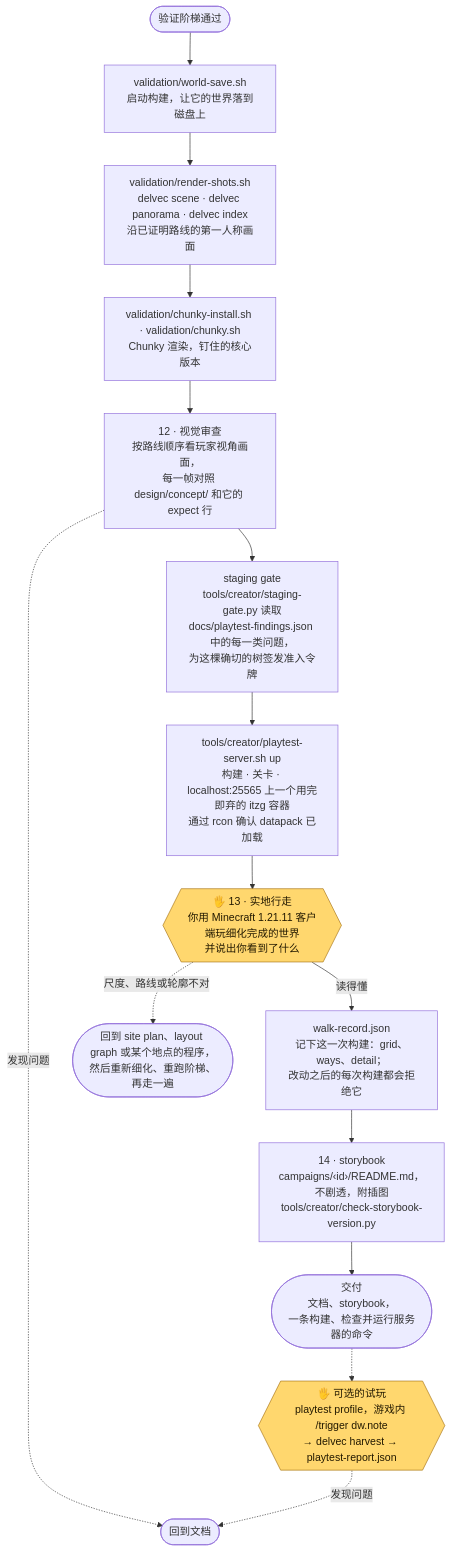
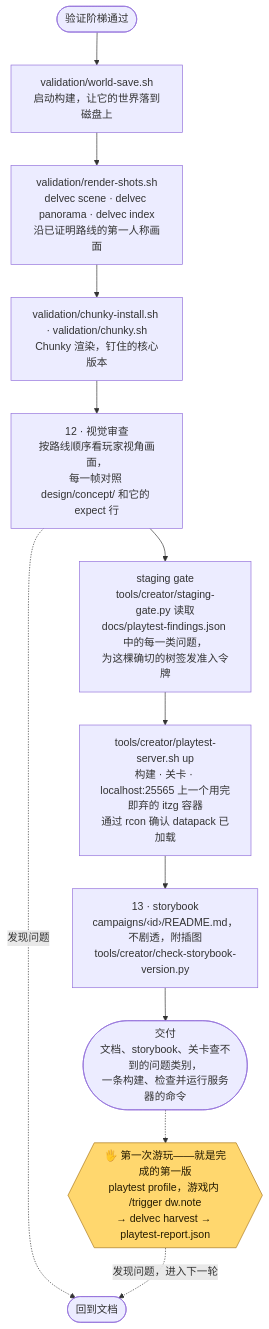
One commit to stellarfeline/delvewright changed the sixth of 9 diagrams in docs/how-it-works.zh-CN.md. Above: the diagram before and after it, drawn with Mermaid. The commit also changed other lines of this file and 27 other files, not shown here.

````diff
--- a/docs/how-it-works.zh-CN.md
+++ b/docs/how-it-works.zh-CN.md
@@ -145,19 +145,16 @@
 ```mermaid
 flowchart TD
     G(["验证阶梯通过"]) --> WS2["validation/world-save.sh<br/>启动构建，让它的世界落到磁盘上"]
     WS2 --> RS["validation/render-shots.sh<br/>delvec scene · delvec panorama · delvec index<br/>沿已证明路线的第一人称画面"]
     RS --> CK["validation/chunky-install.sh · validation/chunky.sh<br/>Chunky 渲染，钉住的核心版本"]
     CK --> VR["12 · 视觉审查<br/>按路线顺序看玩家视角画面，<br/>每一帧对照 design/concept/ 和它的 expect 行"]
     VR -.->|"发现问题"| BACK(["回到文档"])
     VR --> SG["staging gate<br/>tools/creator/staging-gate.py 读取<br/>docs/playtest-findings.json 中的每一类问题，<br/>为这棵确切的树签发准入令牌"]
     SG --> UP["tools/creator/playtest-server.sh up<br/>构建 · 关卡 · localhost:25565 上一个用完即弃的 itzg 容器<br/>通过 rcon 确认 datapack 已加载"]
-    UP --> WALK{{"🖐 13 · 实地行走<br/>你用 Minecraft 1.21.11 客户端玩细化完成的世界<br/>并说出你看到了什么"}}:::human
-    WALK -.->|"尺度、路线或轮廓不对"| REDO(["回到 site plan、layout graph 或某个地点的程序，<br/>然后重新细化、重跑阶梯、再走一遍"])
-    WALK -->|"读得懂"| WR["walk-record.json<br/>记下这一次构建：grid、ways、detail；<br/>改动之后的每次构建都会拒绝它"]
-    WR --> HO["14 · storybook<br/>campaigns/‹id›/README.md，不剧透，附插图<br/>tools/creator/check-storybook-version.py"]
-    HO --> OUT(["交付<br/>文档、storybook，<br/>一条构建、检查并运行服务器的命令"])
-    OUT -.-> PLAY{{"🖐 可选的试玩<br/>playtest profile，游戏内 /trigger dw.note<br/>→ delvec harvest → playtest-report.json"}}:::human
-    PLAY -.->|"发现问题"| BACK
+    UP --> HO["13 · storybook<br/>campaigns/‹id›/README.md，不剧透，附插图<br/>tools/creator/check-storybook-version.py"]
+    HO --> OUT(["交付<br/>文档、storybook、关卡查不到的问题类别，<br/>一条构建、检查并运行服务器的命令"])
+    OUT -.-> PLAY{{"🖐 第一次游玩——就是完成的第一版<br/>playtest profile，游戏内 /trigger dw.note<br/>→ delvec harvest → playtest-report.json"}}:::human
+    PLAY -.->|"发现问题，进入下一轮"| BACK
 
     classDef human fill:#ffd76e,stroke:#a9761a,color:#241a00
 ```
````
